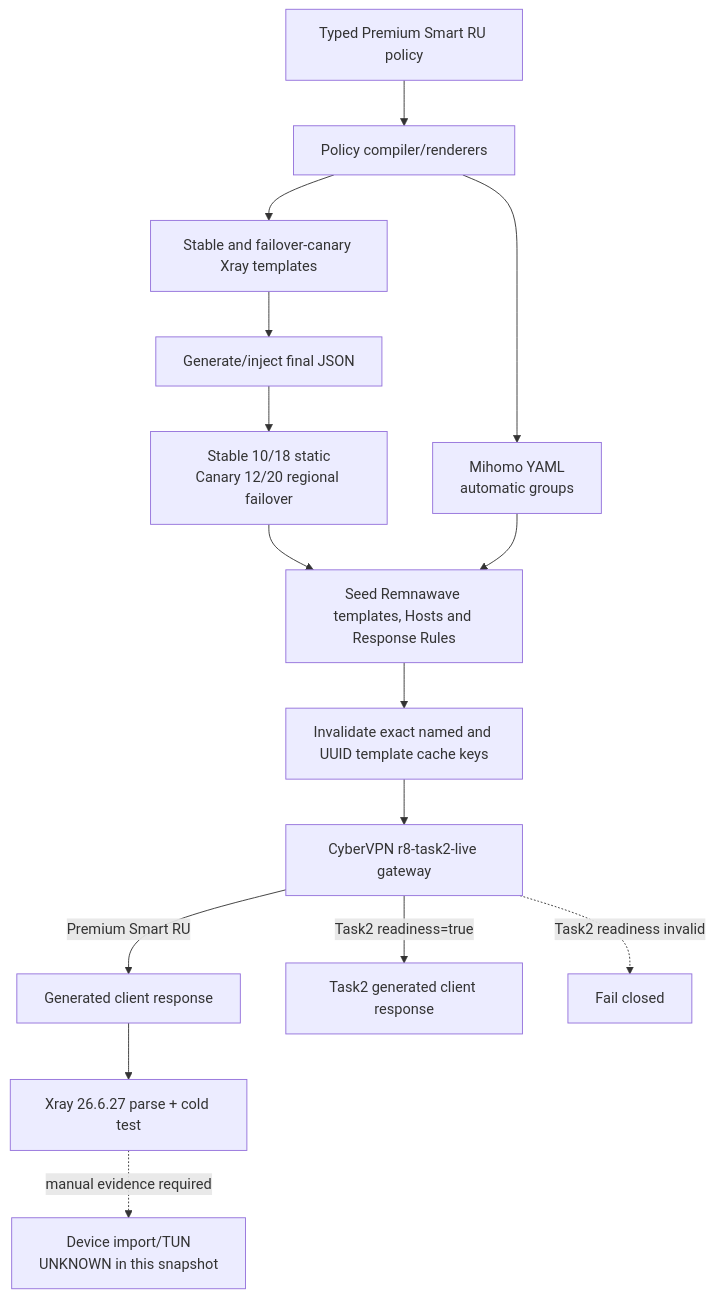
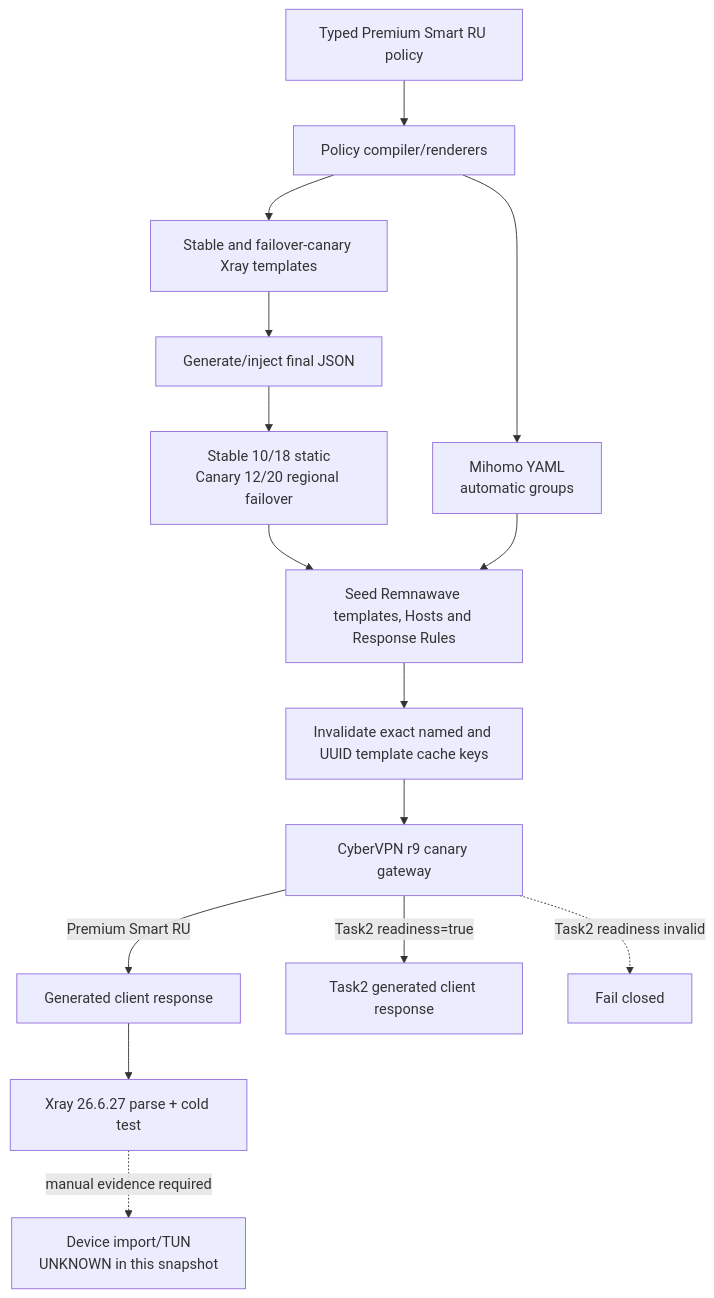
The second of 4 diagrams in docs/architecture/CYBERVPN_PREMIUM_SMART_RU_CURRENT_PRODUCTION_ARCHITECTURE.md (Beep206/CyberVPN), drawn with Mermaid before and after one commit. The commit also changed other lines of this file and 1 other file, not shown here.

Commit message:
docs(vpn): identify current canary runtime

````diff
--- a/docs/architecture/CYBERVPN_PREMIUM_SMART_RU_CURRENT_PRODUCTION_ARCHITECTURE.md
+++ b/docs/architecture/CYBERVPN_PREMIUM_SMART_RU_CURRENT_PRODUCTION_ARCHITECTURE.md
@@ -648,17 +648,17 @@
 ```mermaid
 flowchart TD
     P["Typed Premium Smart RU policy"] --> C["Policy compiler/renderers"]
     C --> MI["Mihomo YAML\nautomatic groups"]
     C --> XJ["Stable and failover-canary Xray templates"]
     XJ --> G["Generate/inject final JSON"]
     G --> S["Stable 10/18 static\nCanary 12/20 regional failover"]
     S --> RW["Seed Remnawave templates, Hosts and Response Rules"]
     RW --> CI["Invalidate exact named and UUID template cache keys"]
     MI --> RW
-    CI --> GW["CyberVPN r8-task2-live gateway"]
+    CI --> GW["CyberVPN r9 canary gateway"]
     GW -->|"Premium Smart RU"| OUT["Generated client response"]
     GW -->|"Task2 readiness=true"| T2OUT["Task2 generated client response"]
     GW -. "Task2 readiness invalid" .-> FC["Fail closed"]
     OUT --> V["Xray 26.6.27 parse + cold test"]
     V -. "manual evidence required" .-> D["Device import/TUN\nUNKNOWN in this snapshot"]
 ```
````
